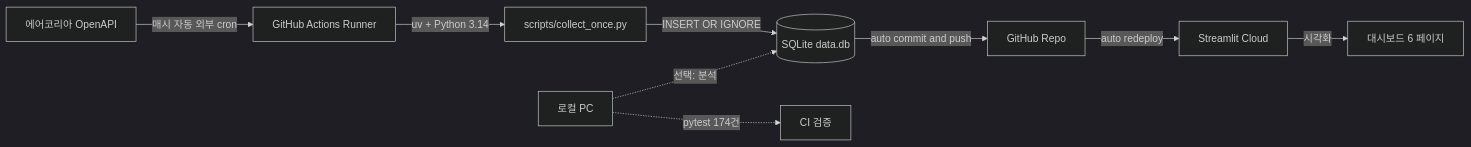
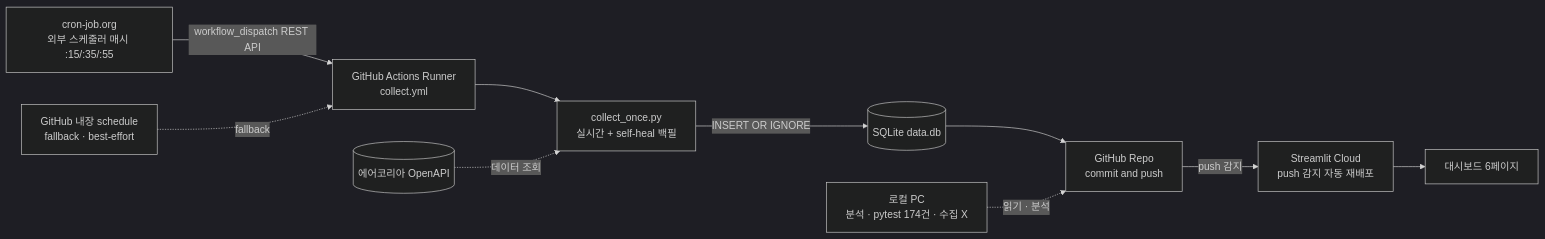
Before and after one commit to robinho0329/chungbuk-air-quality-monitor: the diagram in README.md, drawn with Mermaid (dark theme). The commit also changed other lines of this file, not shown here.

Commit message:
fix(readme): 아키텍처 다이어그램 실제 구조 반영 (트리거 주체 명시)
에이전트 검토 반영: 기존 다이어그램은 트리거 주체(cron-job.org)가 라벨로만 숨고
에어코리아가 첫 노드로 잘못 그려져 제어/데이터 흐름이 뒤엉킴.
- cron-job.org를 진입 노드로 명시(workflow_dispatch로 GHA 트리거)
- GitHub 내장 schedule은 점선 fallback
- 에어코리아 OpenAPI는 collect_once.py가 호출하는 데이터 소스로 재배치
- self-heal은 collect_once 노드 라벨로 흡수
엣지 라벨에 괄호·& 미사용(렌더 안전).

````diff
--- a/README.md
+++ b/README.md
@@ -52,12 +56,23 @@
 ```mermaid
 flowchart LR
-    A["에어코리아 OpenAPI"] -->|"매시 자동 외부 cron"| B["GitHub Actions Runner"]
-    B -->|"uv + Python 3.14"| C["scripts/collect_once.py"]
-    C -->|"INSERT OR IGNORE"| D[("SQLite data.db")]
-    D -->|"auto commit and push"| E["GitHub Repo"]
-    E -->|"auto redeploy"| F["Streamlit Cloud"]
-    F -->|"시각화"| G["대시보드 6 페이지"]
+    CRON["cron-job.org<br/>외부 스케줄러 매시 :15/:35/:55"]
+    SCHED["GitHub 내장 schedule<br/>fallback · best-effort"]
+    GHA["GitHub Actions Runner<br/>collect.yml"]
+    COLLECT["collect_once.py<br/>실시간 + self-heal 백필"]
+    API[("에어코리아 OpenAPI")]
+    DB[("SQLite data.db")]
+    REPO["GitHub Repo<br/>commit and push"]
+    CLOUD["Streamlit Cloud<br/>push 감지 자동 재배포"]
+    DASH["대시보드 6페이지"]
+    LOCAL["로컬 PC<br/>분석 · pytest 174건 · 수집 X"]
 
-    H["로컬 PC"] -.->|"선택: 분석"| D
-    H -.->|"pytest 174건"| I["CI 검증"]
+    CRON -->|"workflow_dispatch REST API"| GHA
+    SCHED -.->|"fallback"| GHA
+    GHA --> COLLECT
+    API -.->|"데이터 조회"| COLLECT
+    COLLECT -->|"INSERT OR IGNORE"| DB
+    DB --> REPO
+    REPO -->|"push 감지"| CLOUD
+    CLOUD --> DASH
+    LOCAL -.->|"읽기 · 분석"| REPO
 ```
````
